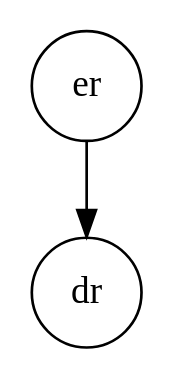
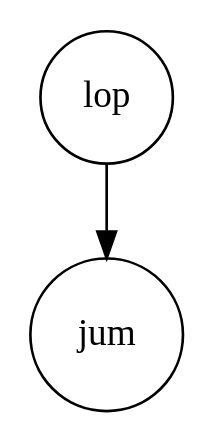
Before and after one commit to Brandon22023/-EDD-Proyecto1_202300813: the diagram in Proyecto1/cmake-build-debug/arbolAVL.dot, drawn with Graphviz. The commit also changed 14 other files, not shown here.

```diff
--- a/Proyecto1/cmake-build-debug/arbolAVL.dot
+++ b/Proyecto1/cmake-build-debug/arbolAVL.dot
@@ -1,7 +1,7 @@
 digraph G {
 	node [shape = circle];
-	n0[label="er"];
+	n0[label="lop"];
 	n0 -> n1;
-	n1[label="dr"];
+	n1[label="jum"];
 	
 }
```
